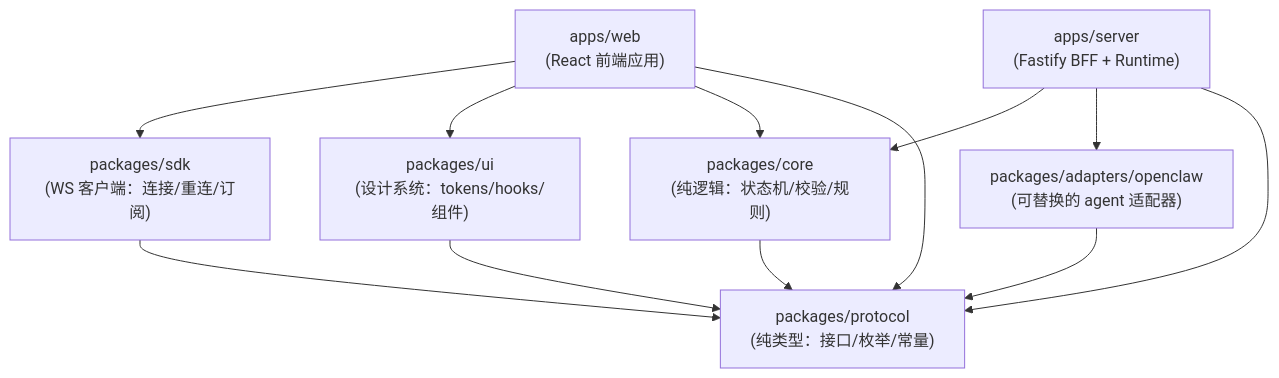
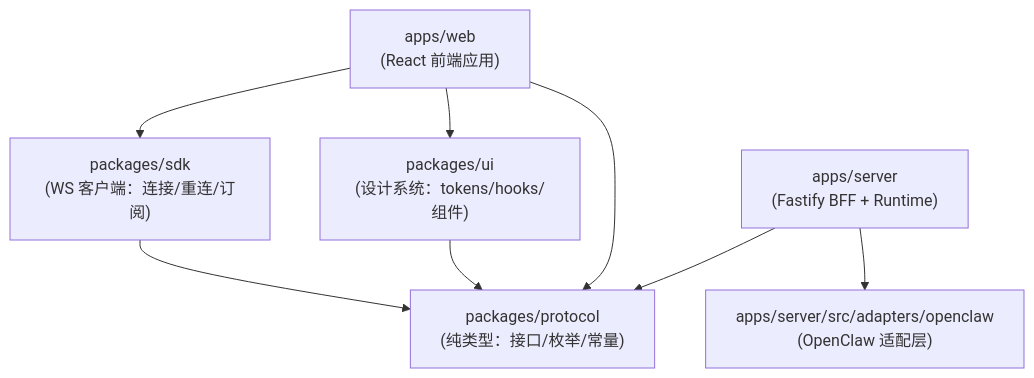
Before and after one commit to kunpengzhu-dev/intentos: the second of 3 diagrams in docs/architecture-plan.md, drawn with Mermaid. The commit also changed other lines of this file and 35 other files, not shown here.

````diff
--- a/docs/architecture-plan.md
+++ b/docs/architecture-plan.md
@@ -136,22 +133,17 @@
 ```mermaid
 graph TD
     protocol["packages/protocol\n(纯类型：接口/枚举/常量)"]
-    core["packages/core\n(纯逻辑：状态机/校验/规则)"]
     sdk["packages/sdk\n(WS 客户端：连接/重连/订阅)"]
     ui["packages/ui\n(设计系统：tokens/hooks/组件)"]
-    adapter["packages/adapters/openclaw\n(可替换的 agent 适配器)"]
+    adapter["apps/server/src/adapters/openclaw\n(OpenClaw 适配层)"]
     web["apps/web\n(React 前端应用)"]
     server["apps/server\n(Fastify BFF + Runtime)"]
 
-    core --> protocol
     sdk --> protocol
     ui --> protocol
-    adapter --> protocol
     web --> sdk
     web --> ui
-    web --> core
     web --> protocol
-    server --> core
     server --> adapter
     server --> protocol
 ```
````
